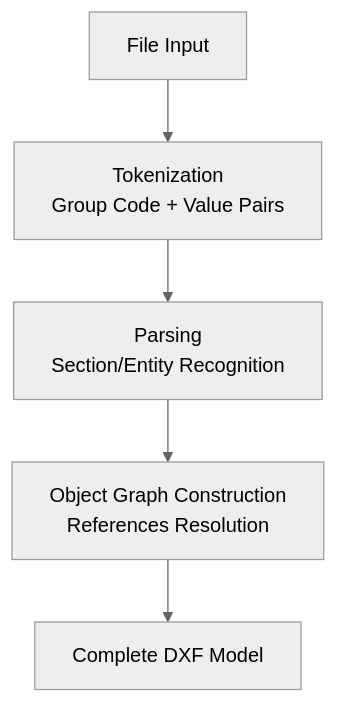
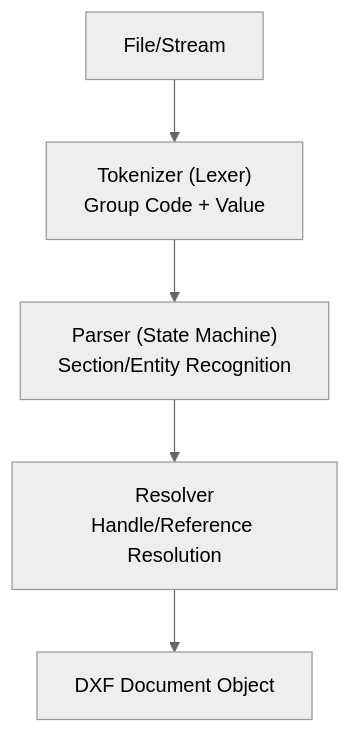
The diagram in implementation/parsing-strategy.md (takuto-NA/dxf-standards-explained), drawn with Mermaid (neutral theme) before and after one commit. The commit also changed other lines of this file and 7 other files, not shown here.

Commit message:
Enhance README and documentation structure: Update DXF learning roadmap, improve glossary entries with links, and refine parsing strategy section for better clarity. Adjust sidebar navigation for improved user experience.

````diff
--- a/implementation/parsing-strategy.md
+++ b/implementation/parsing-strategy.md
@@ -9,7 +9,7 @@
 ```mermaid
 graph TD
-    Start[File Input] --> Tokenize[Tokenization<br/>Group Code + Value Pairs]
-    Tokenize --> Parse[Parsing<br/>Section/Entity Recognition]
-    Parse --> Build[Object Graph Construction<br/>References Resolution]
-    Build --> End[Complete DXF Model]
+    Input[File/Stream] --> Tokenizer["Tokenizer (Lexer)<br/>Group Code + Value"]
+    Tokenizer --> Parser["Parser (State Machine)<br/>Section/Entity Recognition"]
+    Parser --> Resolver["Resolver<br/>Handle/Reference Resolution"]
+    Resolver --> Output[DXF Document Object]
 ```
````
